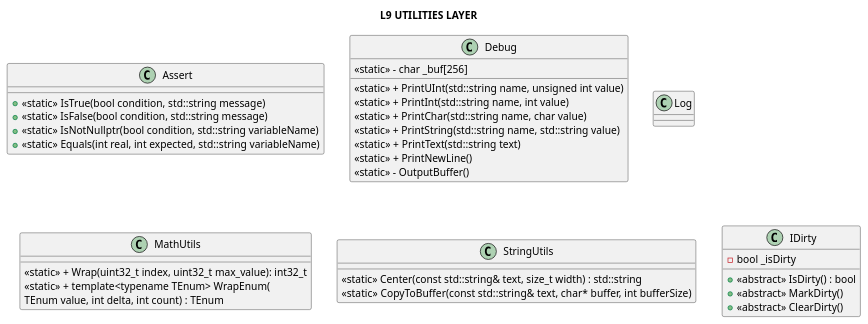
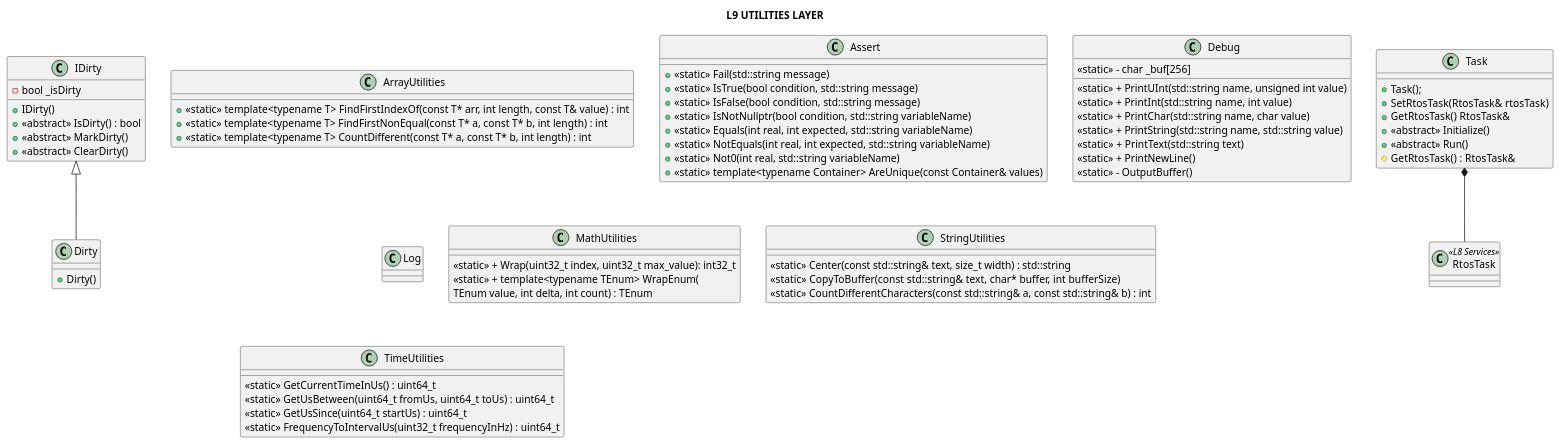
One commit to michelkeijzers/fraxis changed the diagram in Docs/Software Design/Layers/L9_utilities_layer.puml. Above: the diagram before and after it, drawn with PlantUML. The commit also changed 154 other files, not shown here.

Commit message:
Updated UML diagrams, removed = default, changed -> to refs

```diff
--- a/Docs/Software Design/Layers/L9_utilities_layer.puml
+++ b/Docs/Software Design/Layers/L9_utilities_layer.puml
@@ -1,53 +1,96 @@
 @startuml
 
 title L9 UTILITIES LAYER
 
 skinparam packageStyle rectangle
 skinparam lineThickness 2
 
+class ArrayUtilities
+{
+    + <<static>> template<typename T> FindFirstIndexOf(const T* arr, int length, const T& value) : int
+    + <<static>> template<typename T> FindFirstNonEqual(const T* a, const T* b, int length) : int
+    + <<static>> template<typename T> CountDifferent(const T* a, const T* b, int length) : int
+}
+
 class Assert
 {
+    + <<static>> Fail(std::string message)
     + <<static>> IsTrue(bool condition, std::string message)
     + <<static>> IsFalse(bool condition, std::string message)
     + <<static>> IsNotNullptr(bool condition, std::string variableName)
     + <<static>> Equals(int real, int expected, std::string variableName)
+    + <<static>> NotEquals(int real, int expected, std::string variableName)
+    + <<static>> Not0(int real, std::string variableName)
+    + <<static>> template<typename Container> AreUnique(const Container& values)
 }
 
 class Debug
 {
     <<static>> + PrintUInt(std::string name, unsigned int value)
     <<static>> + PrintInt(std::string name, int value)
     <<static>> + PrintChar(std::string name, char value)
     <<static>> + PrintString(std::string name, std::string value)
     <<static>> + PrintText(std::string text)
     <<static>> + PrintNewLine()
     <<static>> - OutputBuffer()
     <<static>> - char _buf[256]
 }
 
 class Log
 {
 }
 
-class MathUtils
+class MathUtilities
 {
     <<static>> + Wrap(uint32_t index, uint32_t max_value): int32_t
     <<static>> + template<typename TEnum> WrapEnum(
         TEnum value, int delta, int count) : TEnum
 }
 
-class StringUtils
+class StringUtilities
 {
     <<static>> Center(const std::string& text, size_t width) : std::string
     <<static>> CopyToBuffer(const std::string& text, char* buffer, int bufferSize)
+    <<static>> CountDifferentCharacters(const std::string& a, const std::string& b) : int
+
 }
 
 class IDirty
 {
-    - bool _isDirty
+    + IDirty()
     + <<abstract>> IsDirty() : bool
     + <<abstract>> MarkDirty()
     + <<abstract>> ClearDirty()
+    - bool _isDirty
+}
+
+class Dirty
+{
+    + Dirty()
+}
+
+Dirty -u-|> IDirty
+
+class Task
+{
+    + Task();
+    + SetRtosTask(RtosTask& rtosTask)
+    + GetRtosTask() RtosTask&
+    + <<abstract>> Initialize()
+    + <<abstract>> Run() 
+    # GetRtosTask() : RtosTask&
+}
+
+class RtosTask <<L8 Services>>
+
+Task *-- RtosTask
+
+class TimeUtilities
+{
+    <<static>> GetCurrentTimeInUs() : uint64_t
+    <<static>> GetUsBetween(uint64_t fromUs, uint64_t toUs) : uint64_t
+    <<static>> GetUsSince(uint64_t startUs) : uint64_t
+    <<static>> FrequencyToIntervalUs(uint32_t frequencyInHz) : uint64_t
 }
 
 @enduml
```
